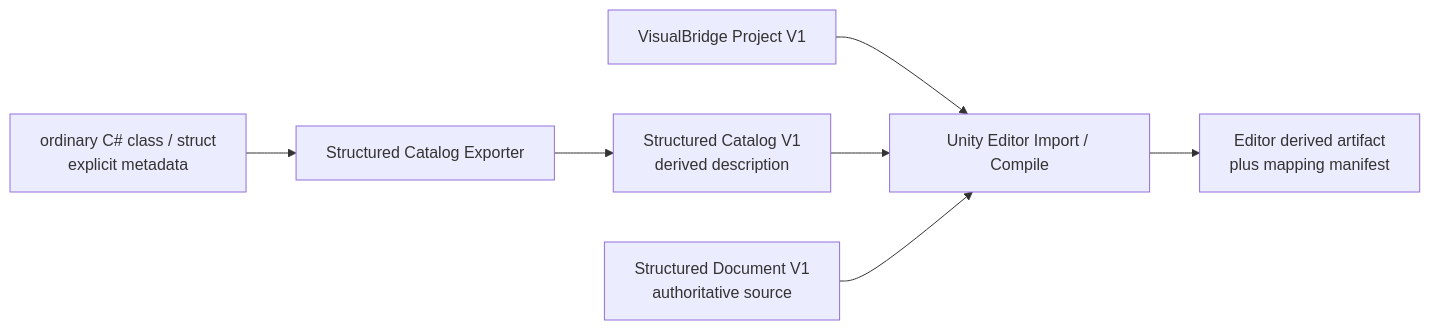
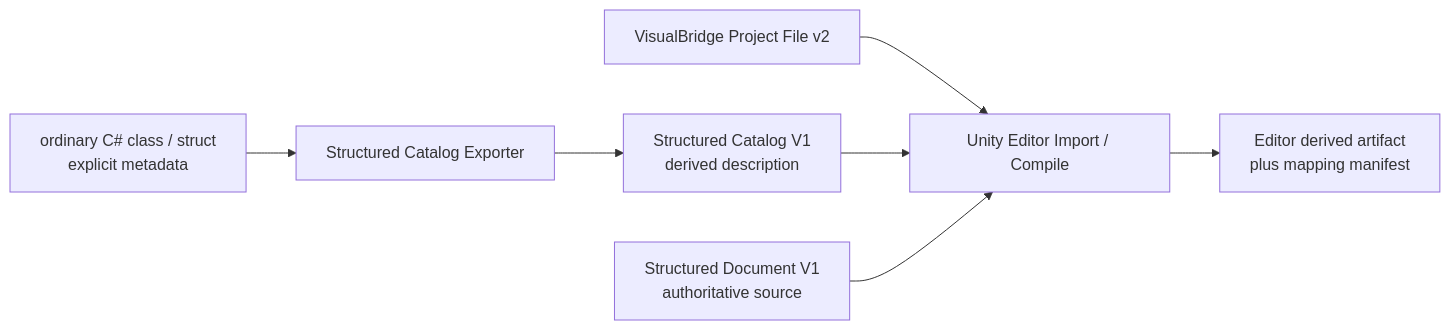
The first of 3 diagrams in Doc/UnityIntegrationArchitectureContracts.md (zh880517/VisualBridge), drawn with Mermaid before and after one commit. The commit also changed other lines of this file and 63 other files, not shown here.

````diff
--- a/Doc/UnityIntegrationArchitectureContracts.md
+++ b/Doc/UnityIntegrationArchitectureContracts.md
@@ -38,17 +38,17 @@
 ```mermaid
 flowchart LR
     CSharp["ordinary C# class / struct\nexplicit metadata"]
     Exporter["Structured Catalog Exporter"]
     Catalog["Structured Catalog V1\nderived description"]
-    Project["VisualBridge Project V1"]
+    Project["VisualBridge Project File v2"]
     Document["Structured Document V1\nauthoritative source"]
     Compiler["Unity Editor Import / Compile"]
     Artifact["Editor derived artifact\nplus mapping manifest"]
 
     CSharp --> Exporter
     Exporter --> Catalog
     Project --> Compiler
     Catalog --> Compiler
     Document --> Compiler
     Compiler --> Artifact
 ```
````
